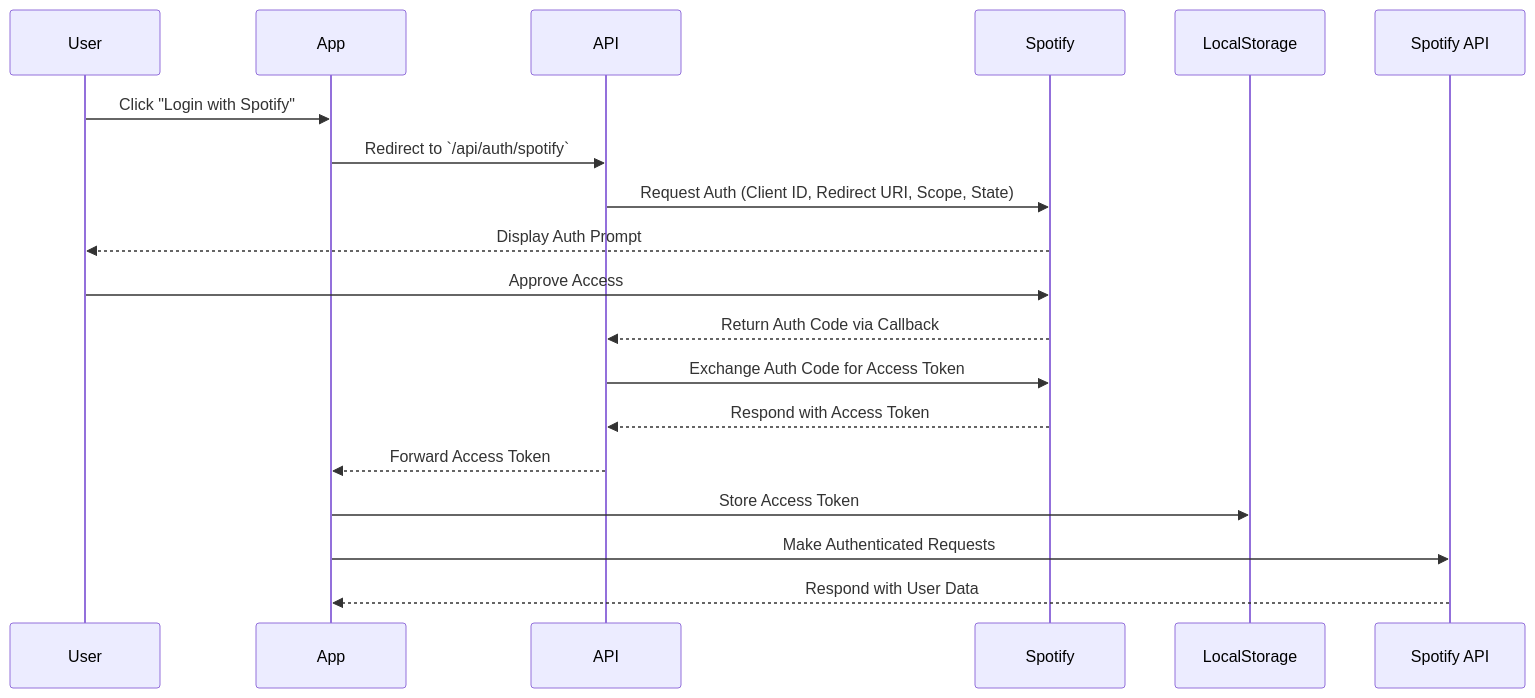
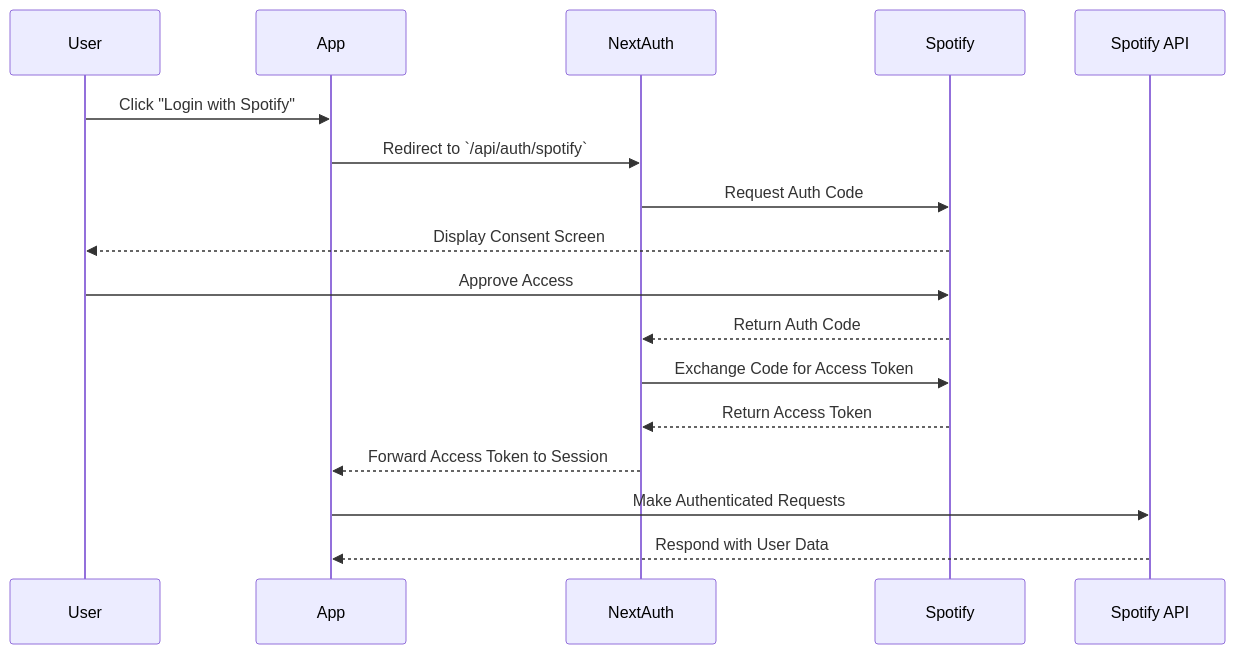
The diagram in README.md (BradleyMatera/Port3), drawn with Mermaid before and after one commit. The commit also changed other lines of this file and 1 other file, not shown here.

Commit message:
update README for improved installation instructions, clarify authentication flow, and enhance project structure details; modify TypeScript configuration to comment out include paths, removed "    //"include": ["**/*.ts", "**/*.tsx"], " from tsconfig

````diff
--- a/README.md
+++ b/README.md
@@ -148,16 +153,15 @@
 ```mermaid
 sequenceDiagram
     User->>App: Click "Login with Spotify"
-    App->>API: Redirect to `/api/auth/spotify`
-    API->>Spotify: Request Auth (Client ID, Redirect URI, Scope, State)
-    Spotify-->>User: Display Auth Prompt
+    App->>NextAuth: Redirect to `/api/auth/spotify`
+    NextAuth->>Spotify: Request Auth Code
+    Spotify-->>User: Display Consent Screen
     User->>Spotify: Approve Access
-    Spotify-->>API: Return Auth Code via Callback
-    API->>Spotify: Exchange Auth Code for Access Token
-    Spotify-->>API: Respond with Access Token
-    API-->>App: Forward Access Token
-    App->>LocalStorage: Store Access Token
+    Spotify-->>NextAuth: Return Auth Code
+    NextAuth->>Spotify: Exchange Code for Access Token
+    Spotify-->>NextAuth: Return Access Token
+    NextAuth-->>App: Forward Access Token to Session
     App->>Spotify API: Make Authenticated Requests
     Spotify API-->>App: Respond with User Data
 
 ```
````
